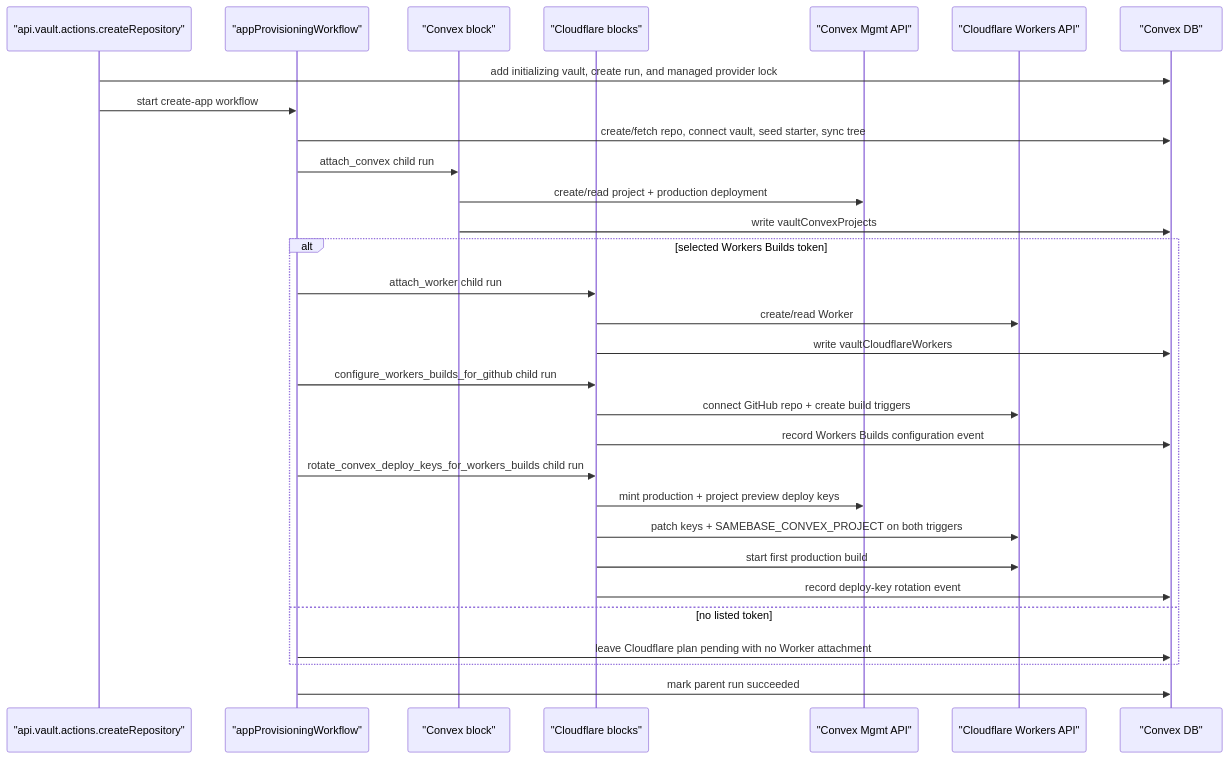
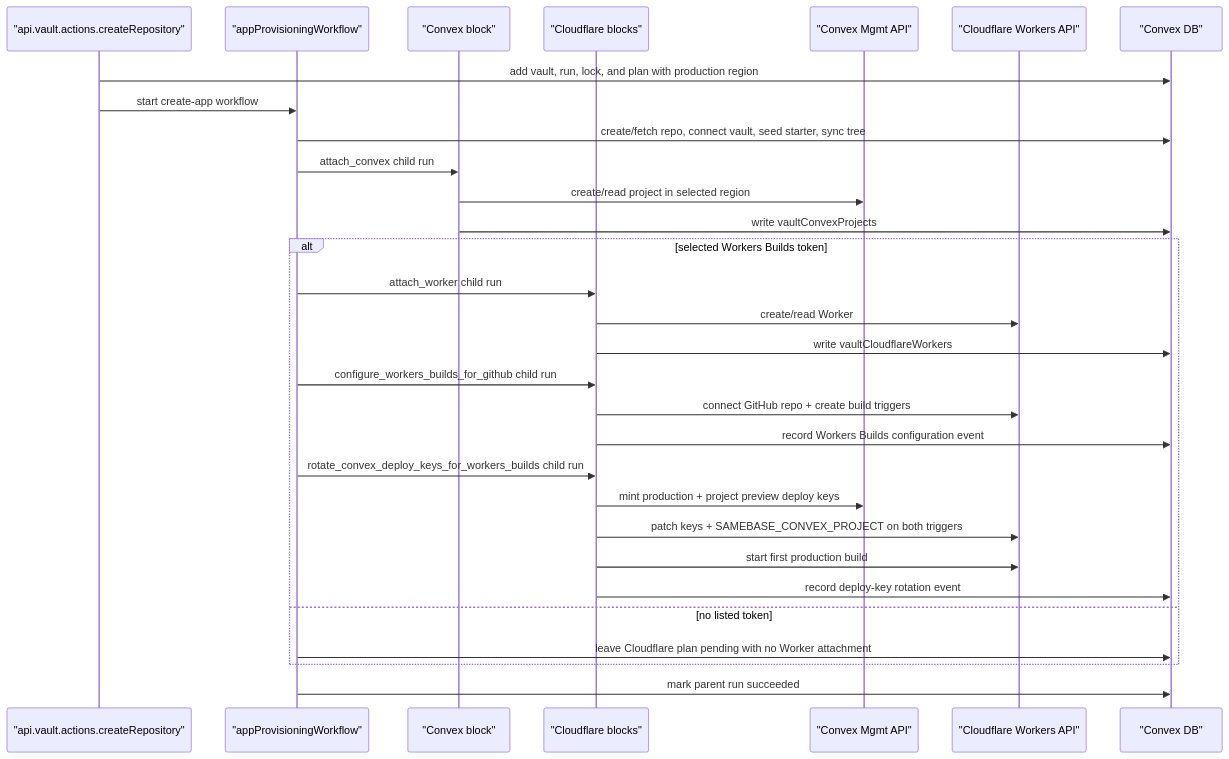
The diagram in specs/003_VAULT_INFRA_PROVISIONING_SPEC.md (samebase/samebase), drawn with Mermaid before and after one commit. The commit also changed other lines of this file and 70 other files, not shown here.

````diff
--- a/specs/003_VAULT_INFRA_PROVISIONING_SPEC.md
+++ b/specs/003_VAULT_INFRA_PROVISIONING_SPEC.md
@@ -418,33 +429,33 @@
 ```mermaid
 sequenceDiagram
   participant VA as "api.vault.actions.createRepository"
   participant WF as "appProvisioningWorkflow"
   participant CVXB as "Convex block"
   participant CFB as "Cloudflare blocks"
   participant CVX as "Convex Mgmt API"
   participant CFL as "Cloudflare Workers API"
   participant DB as "Convex DB"
 
-  VA->>DB: add initializing vault, create run, and managed provider lock
+  VA->>DB: add vault, run, lock, and plan with production region
   VA->>WF: start create-app workflow
   WF->>DB: create/fetch repo, connect vault, seed starter, sync tree
   WF->>CVXB: attach_convex child run
-  CVXB->>CVX: create/read project + production deployment
+  CVXB->>CVX: create/read project in selected region
   CVXB->>DB: write vaultConvexProjects
   alt selected Workers Builds token
     WF->>CFB: attach_worker child run
     CFB->>CFL: create/read Worker
     CFB->>DB: write vaultCloudflareWorkers
     WF->>CFB: configure_workers_builds_for_github child run
     CFB->>CFL: connect GitHub repo + create build triggers
     CFB->>DB: record Workers Builds configuration event
     WF->>CFB: rotate_convex_deploy_keys_for_workers_builds child run
     CFB->>CVX: mint production + project preview deploy keys
     CFB->>CFL: patch keys + SAMEBASE_CONVEX_PROJECT on both triggers
     CFB->>CFL: start first production build
     CFB->>DB: record deploy-key rotation event
   else no listed token
     WF->>DB: leave Cloudflare plan pending with no Worker attachment
   end
   WF->>DB: mark parent run succeeded
 ```
````
